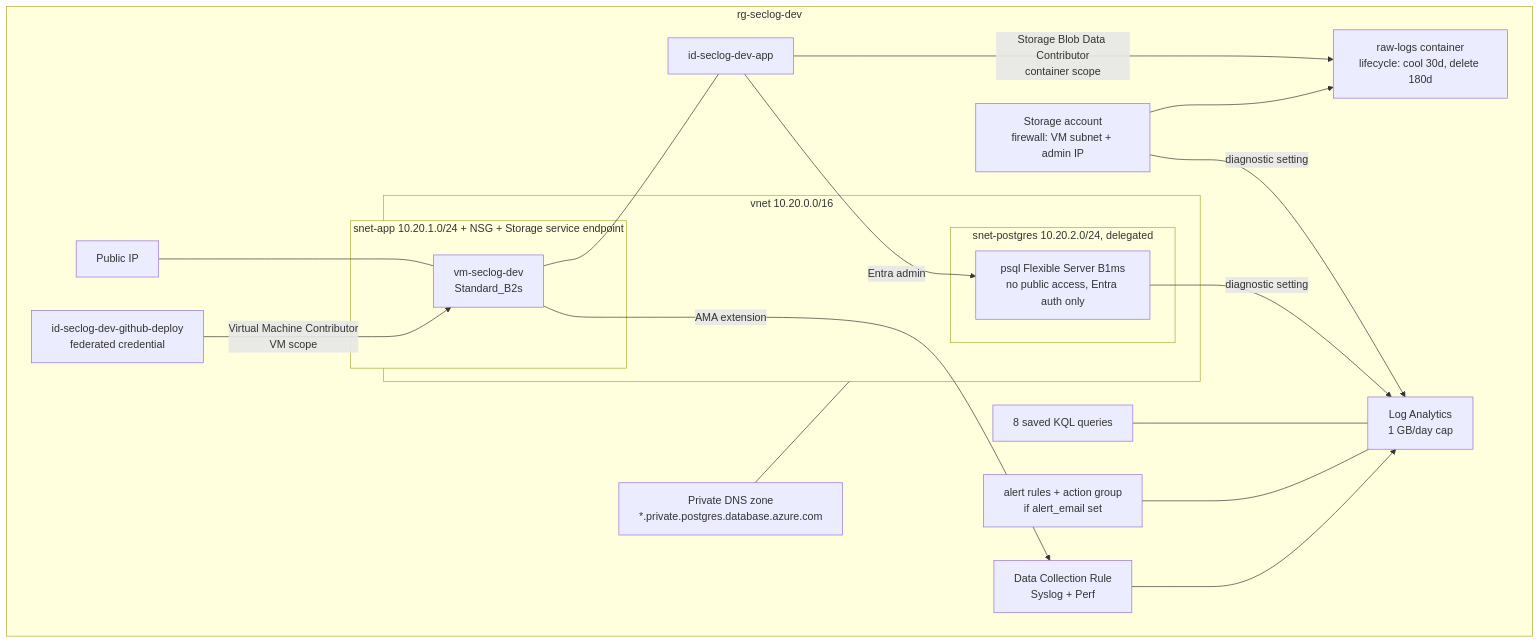
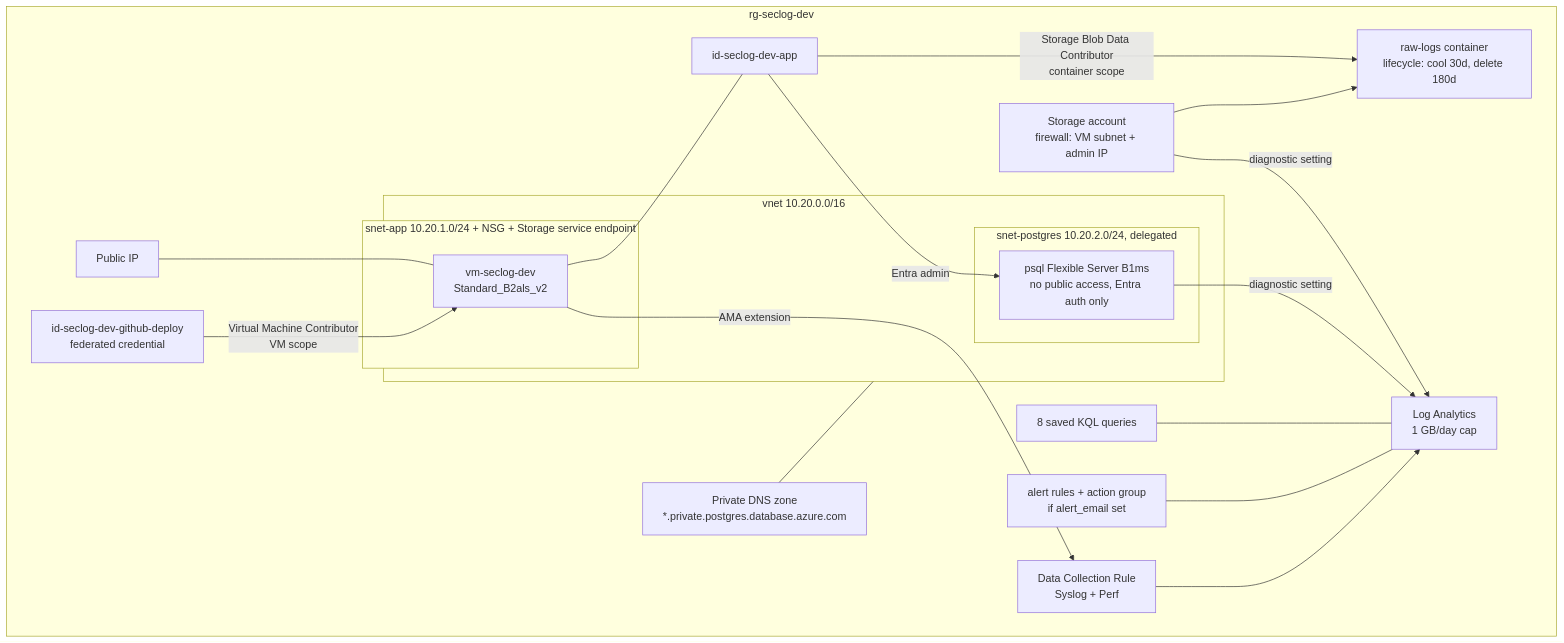
One commit to Sid-And2005/cloud-security-log-analysis changed the fourth of 5 diagrams in docs/ARCHITECTURE.md. Above: the diagram before and after it, drawn with Mermaid. The commit also changed 4 other files, not shown here.

````diff
--- a/docs/ARCHITECTURE.md
+++ b/docs/ARCHITECTURE.md
@@ -129,27 +129,27 @@
 ```mermaid
 flowchart TB
     subgraph RG[rg-seclog-dev]
         subgraph VNET[vnet 10.20.0.0/16]
             subgraph APP[snet-app 10.20.1.0/24 + NSG + Storage service endpoint]
-                VM[vm-seclog-dev<br/>Standard_B2s]
+                VM[vm-seclog-dev<br/>Standard_B2als_v2]
             end
             subgraph DBS[snet-postgres 10.20.2.0/24, delegated]
                 PG[psql Flexible Server B1ms<br/>no public access, Entra auth only]
             end
         end
         PIP[Public IP] --- VM
         DNS[Private DNS zone<br/>*.private.postgres.database.azure.com] --- VNET
         SA[Storage account<br/>firewall: VM subnet + admin IP] --> CT[raw-logs container<br/>lifecycle: cool 30d, delete 180d]
         ID1[id-seclog-dev-app] -->|Storage Blob Data Contributor<br/>container scope| CT
         ID1 -->|Entra admin| PG
         VM --- ID1
         LAW[Log Analytics<br/>1 GB/day cap] 
         DCR[Data Collection Rule<br/>Syslog + Perf] --> LAW
         VM -->|AMA extension| DCR
         PG -->|diagnostic setting| LAW
         SA -->|diagnostic setting| LAW
         Q[8 saved KQL queries] --- LAW
         AL[alert rules + action group<br/>if alert_email set] --- LAW
         ID2[id-seclog-dev-github-deploy<br/>federated credential] -->|Virtual Machine Contributor<br/>VM scope| VM
     end
 ```
````
